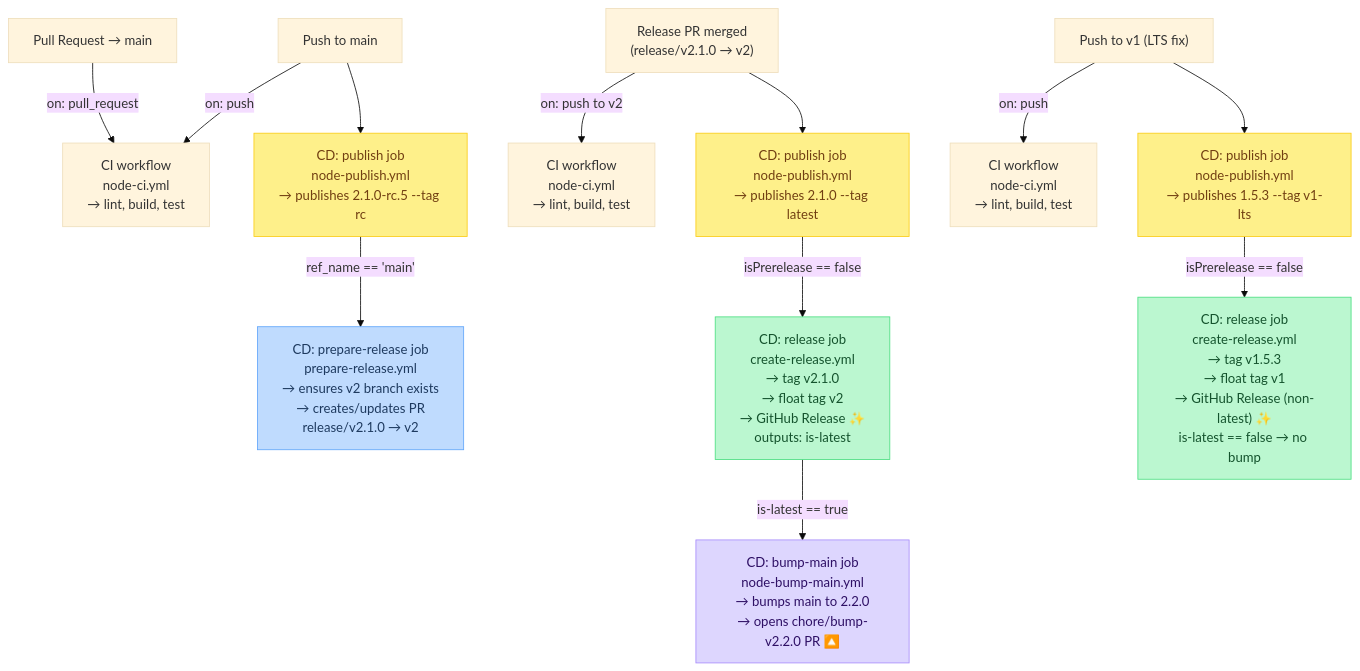
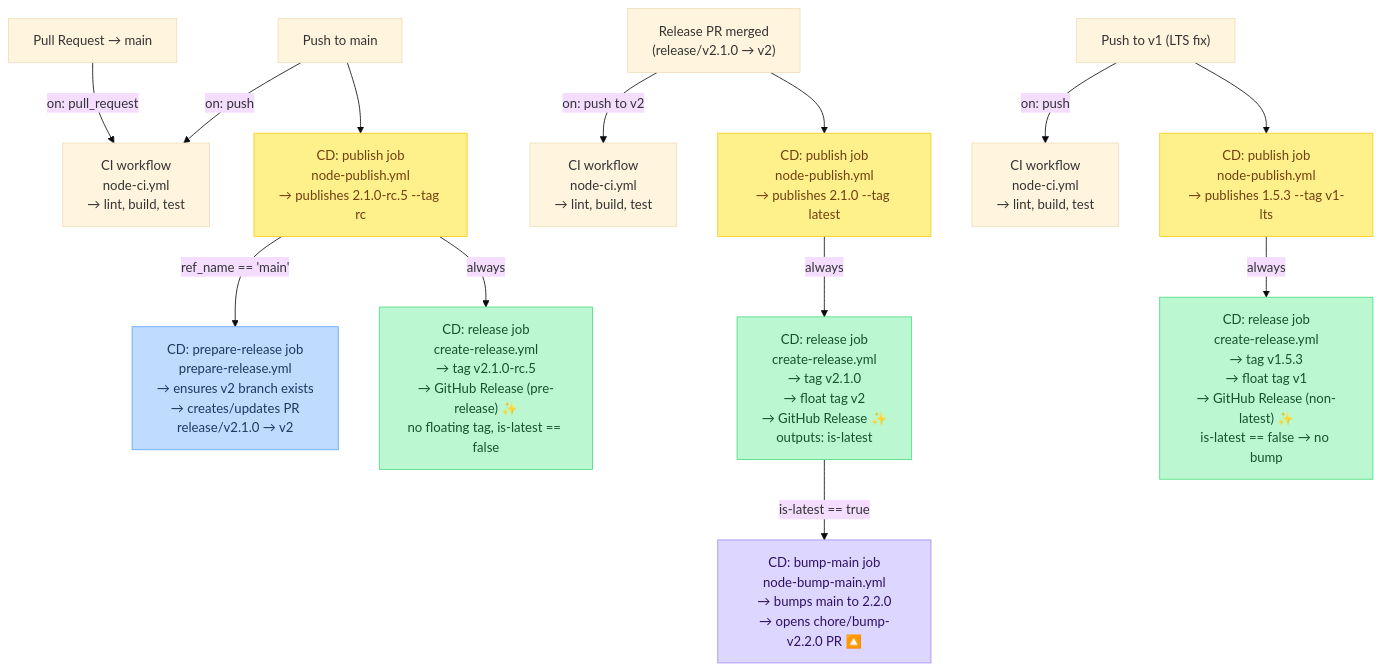
The diagram in README.md (sketch7/.github), drawn with Mermaid (base theme) before and after one commit. The commit also changed other lines of this file and 3 other files, not shown here.

Commit message:
feat: release - enhance release workflows with pre-release support and documentation (#26)

````diff
--- a/README.md
+++ b/README.md
@@ -185,41 +189,45 @@
 ```mermaid
 flowchart TD
     PR["Pull Request → main"] -->|on: pull_request| CI
     PUSH_MAIN["Push to main"] -->|on: push| CI
     PUSH_MAIN --> CD_publish
 
     CD_publish["CD: publish job<br/>node-publish.yml<br/>→ publishes 2.1.0-rc.5 --tag rc"]
     CD_publish -->|"ref_name == 'main'"| PrepareRelease
     PrepareRelease["CD: prepare-release job<br/>prepare-release.yml<br/>→ ensures v2 branch exists<br/>→ creates/updates PR<br/>release/v2.1.0 → v2"]
 
     RELEASE_PR["Release PR merged<br/>(release/v2.1.0 → v2)"] -->|on: push to v2| CI2
     RELEASE_PR --> CD_stable
 
     CI["CI workflow<br/>node-ci.yml<br/>→ lint, build, test"]
     CI2["CI workflow<br/>node-ci.yml<br/>→ lint, build, test"]
 
+    CD_publish -->|"always"| CreateReleaseRc
+    CreateReleaseRc["CD: release job<br/>create-release.yml<br/>→ tag v2.1.0-rc.5<br/>→ GitHub Release (pre-release) ✨<br/>no floating tag, is-latest == false"]
+
     CD_stable["CD: publish job<br/>node-publish.yml<br/>→ publishes 2.1.0 --tag latest"]
-    CD_stable -->|"isPrerelease == false"| CreateRelease
+    CD_stable -->|"always"| CreateRelease
 
     CreateRelease["CD: release job<br/>create-release.yml<br/>→ tag v2.1.0<br/>→ float tag v2<br/>→ GitHub Release ✨<br/>outputs: is-latest"]
     CreateRelease -->|"is-latest == true"| BumpMain
     BumpMain["CD: bump-main job<br/>node-bump-main.yml<br/>→ bumps main to 2.2.0<br/>→ opens chore/bump-v2.2.0 PR 🔼"]
 
     PUSH_LTS["Push to v1 (LTS fix)"] -->|on: push| CI3
     PUSH_LTS --> CD_lts
 
     CI3["CI workflow<br/>node-ci.yml<br/>→ lint, build, test"]
 
     CD_lts["CD: publish job<br/>node-publish.yml<br/>→ publishes 1.5.3 --tag v1-lts"]
-    CD_lts -->|"isPrerelease == false"| CreateRelease2
+    CD_lts -->|"always"| CreateRelease2
 
     CreateRelease2["CD: release job<br/>create-release.yml<br/>→ tag v1.5.3<br/>→ float tag v1<br/>→ GitHub Release (non-latest) ✨<br/>is-latest == false → no bump"]
 
     style PrepareRelease fill:#bfdbfe,stroke:#60a5fa,color:#1e3a5f
     style CreateRelease fill:#bbf7d0,stroke:#4ade80,color:#14532d
     style CreateRelease2 fill:#bbf7d0,stroke:#4ade80,color:#14532d
+    style CreateReleaseRc fill:#bbf7d0,stroke:#4ade80,color:#14532d
     style BumpMain fill:#ddd6fe,stroke:#a78bfa,color:#2e1065
     style CD_publish fill:#fef08a,stroke:#facc15,color:#713f12
     style CD_stable fill:#fef08a,stroke:#facc15,color:#713f12
     style CD_lts fill:#fef08a,stroke:#facc15,color:#713f12
 ```
````
